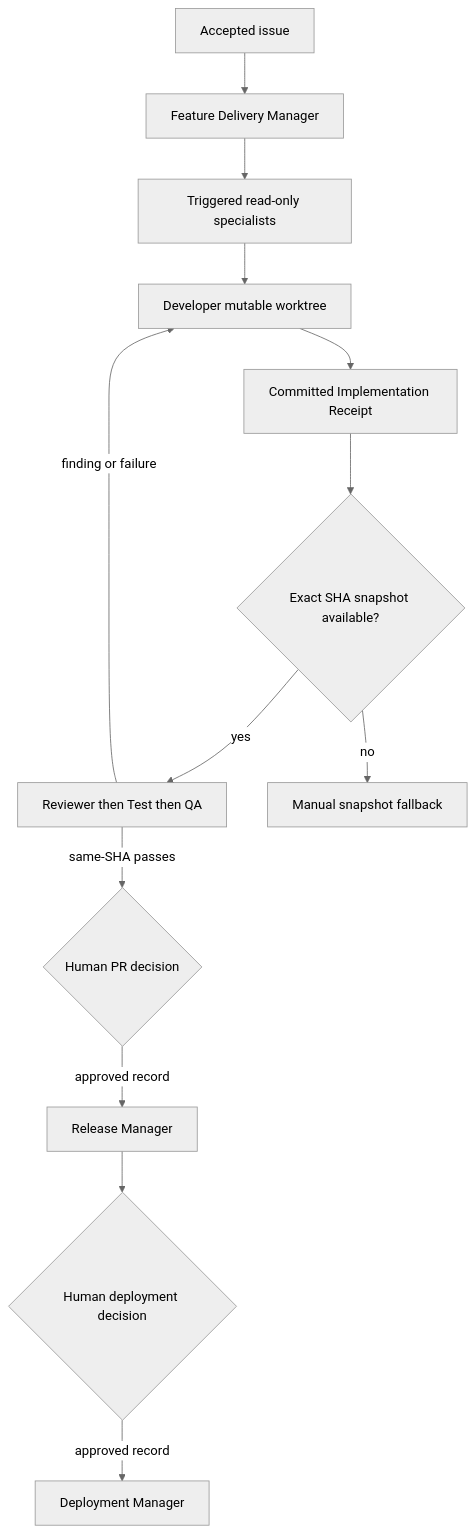
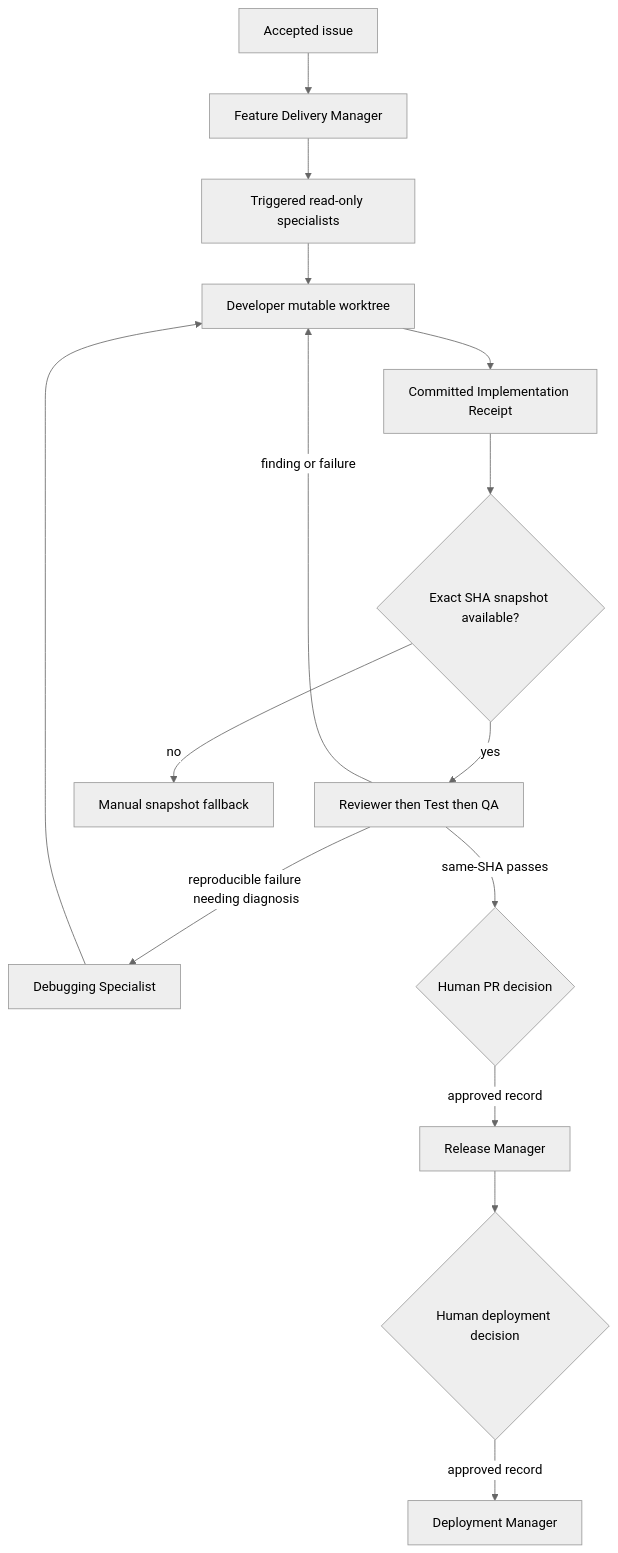
One commit to lfarci/loganfarci.com changed the diagram in docs/agents/feature-delivery-manager.md. Above: the diagram before and after it, drawn with Mermaid (neutral theme). The commit also changed other lines of this file and 2 other files, not shown here.

Commit message:
feat(agents): add debugging specialist

````diff
--- a/docs/agents/feature-delivery-manager.md
+++ b/docs/agents/feature-delivery-manager.md
@@ -159,15 +162,17 @@
 ```mermaid
 flowchart TD
     A[Accepted issue] --> M[Feature Delivery Manager]
     M --> S[Triggered read-only specialists]
     S --> D[Developer mutable worktree]
     D --> I[Committed Implementation Receipt]
     I --> V{Exact SHA snapshot available?}
     V -->|yes| R[Reviewer then Test then QA]
     V -->|no| F[Manual snapshot fallback]
+    R -->|reproducible failure needing diagnosis| B[Debugging Specialist]
+    B --> D
     R -->|finding or failure| D
     R -->|same-SHA passes| P{Human PR decision}
     P -->|approved record| L[Release Manager]
     L --> Q{Human deployment decision}
     Q -->|approved record| X[Deployment Manager]
 ```
````
